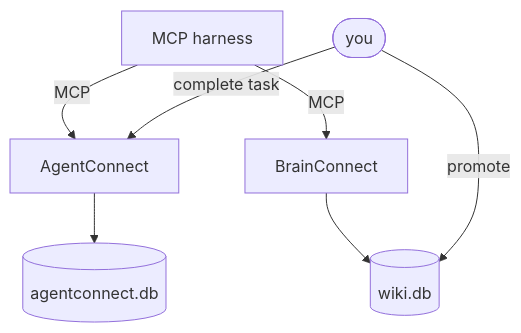
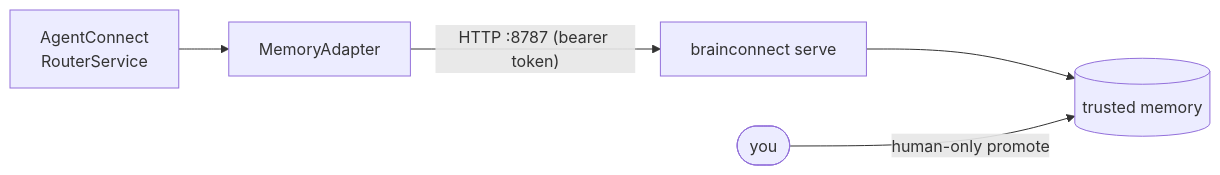
Before and after one commit to Judgernaut777/Connect: the fifth of 8 diagrams in ARCHITECTURE.md, drawn with Mermaid. The commit also changed other lines of this file and 7 other files, not shown here.

````diff
--- a/ARCHITECTURE.md
+++ b/ARCHITECTURE.md
@@ -105,10 +129,7 @@
 ```mermaid
-flowchart TD
-    harness["MCP harness"]
-    harness -->|MCP| ac["AgentConnect"]
-    harness -->|MCP| bc["BrainConnect"]
-    ac --> acdb[("agentconnect.db")]
-    bc --> bcdb[("wiki.db")]
-    you(["you"]) -->|promote| bcdb
-    you -->|"complete task"| ac
+flowchart LR
+    ac["AgentConnect<br/>RouterService"] --> ma["MemoryAdapter"]
+    ma -->|"HTTP :8787 (bearer token)"| serve["brainconnect serve"]
+    serve --> bcdb[("trusted memory")]
+    you(["you"]) -->|"human-only promote"| bcdb
 ```
````
